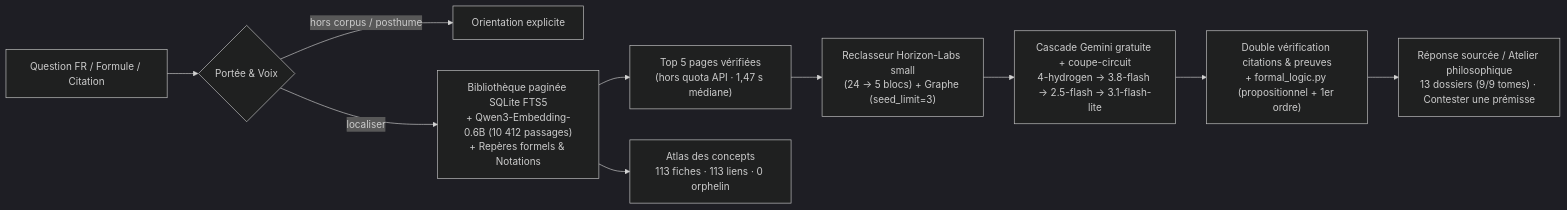
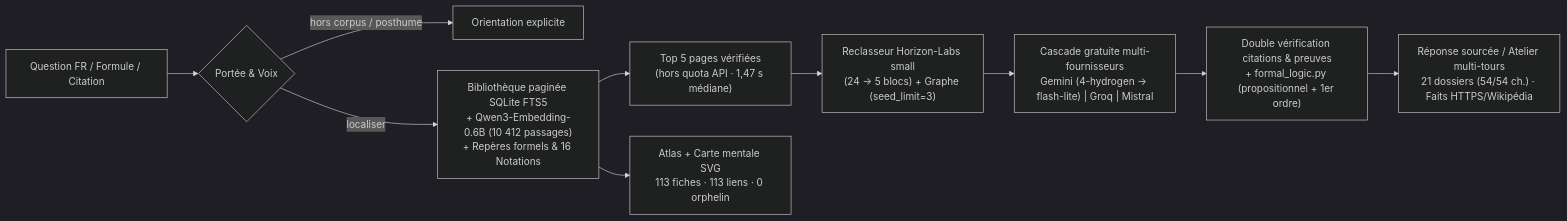
Before and after one commit to alexisgirard-it/bungerag: the diagram in README.md, drawn with Mermaid (dark theme). The commit also changed other lines of this file and 16 other files, not shown here.

Commit message:
feat(v4): interactive SVG mind-map, 54/54 Treatise chapters, symbol lexicon, multi-turn Atelier debate & LLM failover

````diff
--- a/README.md
+++ b/README.md
@@ -33,12 +33,12 @@
 ```mermaid
 flowchart LR
     Q[Question FR / Formule / Citation] --> S{Portée & Voix}
     S -- hors corpus / posthume --> A0[Orientation explicite]
-    S -- localiser --> L["Bibliothèque paginée SQLite FTS5<br/>+ Qwen3-Embedding-0.6B (10 412 passages)<br/>+ Repères formels & Notations"]
+    S -- localiser --> L["Bibliothèque paginée SQLite FTS5<br/>+ Qwen3-Embedding-0.6B (10 412 passages)<br/>+ Repères formels & 16 Notations"]
     L --> P["Top 5 pages vérifiées<br/>(hors quota API · 1,47 s médiane)"]
-    L --> G["Atlas des concepts<br/>113 fiches · 113 liens · 0 orphelin"]
+    L --> G["Atlas + Carte mentale SVG<br/>113 fiches · 113 liens · 0 orphelin"]
     P --> R["Reclasseur Horizon-Labs small<br/>(24 → 5 blocs) + Graphe (seed_limit=3)"]
-    R --> LLM["Cascade Gemini gratuite + coupe-circuit<br/>4-hydrogen → 3.8-flash → 2.5-flash → 3.1-flash-lite"]
+    R --> LLM["Cascade gratuite multi-fournisseurs<br/>Gemini (4-hydrogen → flash-lite) | Groq | Mistral"]
     LLM --> V["Double vérification citations & preuves<br/>+ formal_logic.py (propositionnel + 1er ordre)"]
-    V --> W["Réponse sourcée / Atelier philosophique<br/>13 dossiers (9/9 tomes) · Contester une prémisse"]
+    V --> W["Réponse sourcée / Atelier multi-tours<br/>21 dossiers (54/54 ch.) · Faits HTTPS/Wikipédia"]
 ```
````
